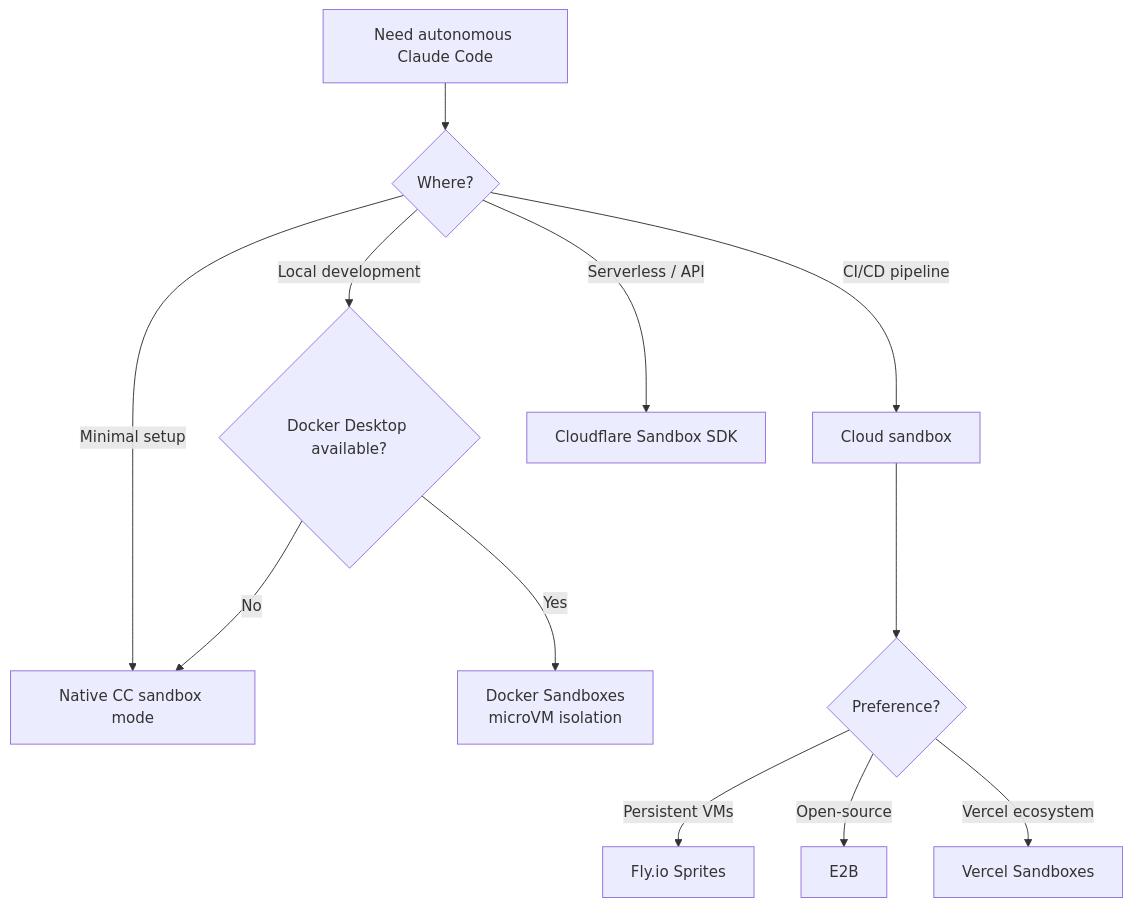
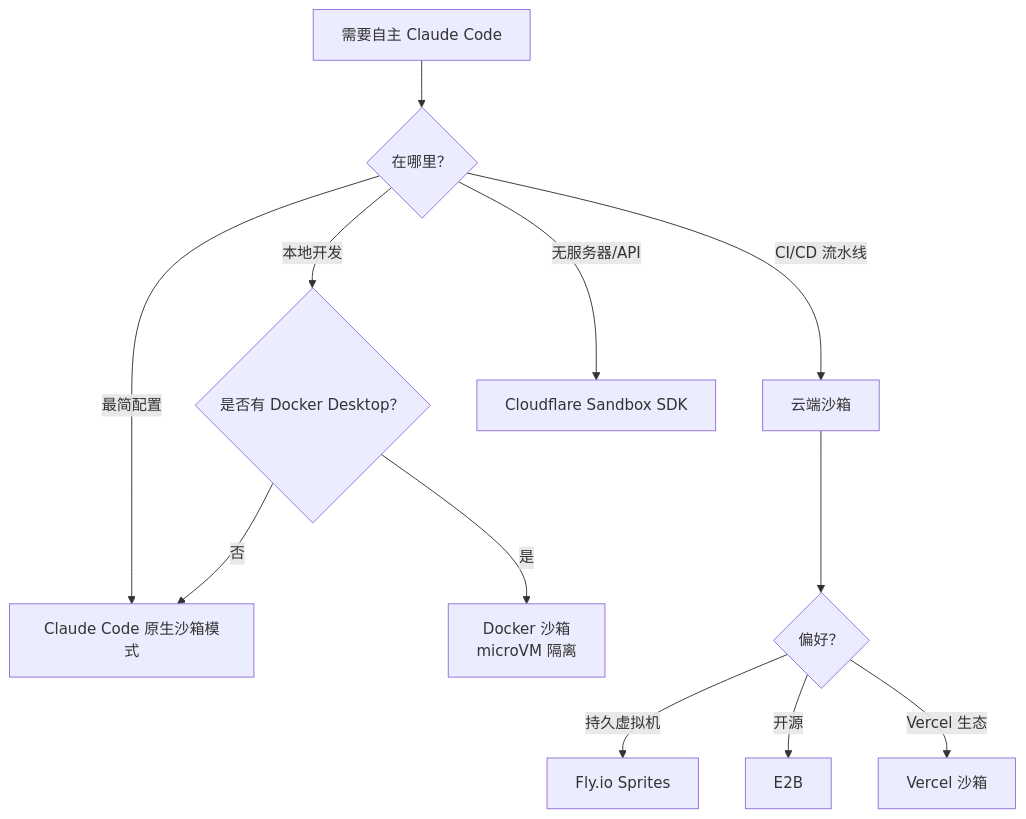
Before and after one commit to lawrencewzen/aispark-wiki: the diagram in claude-code/security/sandbox-isolation.md, drawn with Mermaid. The commit also changed other lines of this file and 82 other files, not shown here.

First line of the commit message:
feat: 完成 claude-code/ 目录全量中文翻译

````diff
--- a/claude-code/security/sandbox-isolation.md
+++ b/claude-code/security/sandbox-isolation.md
@@ -50,16 +50,16 @@
 ```mermaid
 flowchart TD
-    A[Need autonomous Claude Code] --> B{Where?}
-    B -->|Local development| C{Docker Desktop available?}
-    B -->|CI/CD pipeline| D[Cloud sandbox]
-    B -->|Serverless / API| E[Cloudflare Sandbox SDK]
-    B -->|Minimal setup| F[Native CC sandbox mode]
+    A[需要自主 Claude Code] --> B{在哪里？}
+    B -->|本地开发| C{是否有 Docker Desktop？}
+    B -->|CI/CD 流水线| D[云端沙箱]
+    B -->|无服务器/API| E[Cloudflare Sandbox SDK]
+    B -->|最简配置| F[Claude Code 原生沙箱模式]
 
-    C -->|Yes| G[Docker Sandboxes<br/>microVM isolation]
-    C -->|No| F
+    C -->|是| G[Docker 沙箱<br/>microVM 隔离]
+    C -->|否| F
 
-    D --> H{Preference?}
-    H -->|Persistent VMs| I[Fly.io Sprites]
-    H -->|Open-source| J[E2B]
-    H -->|Vercel ecosystem| K[Vercel Sandboxes]
+    D --> H{偏好？}
+    H -->|持久虚拟机| I[Fly.io Sprites]
+    H -->|开源| J[E2B]
+    H -->|Vercel 生态| K[Vercel 沙箱]
 ```
````
